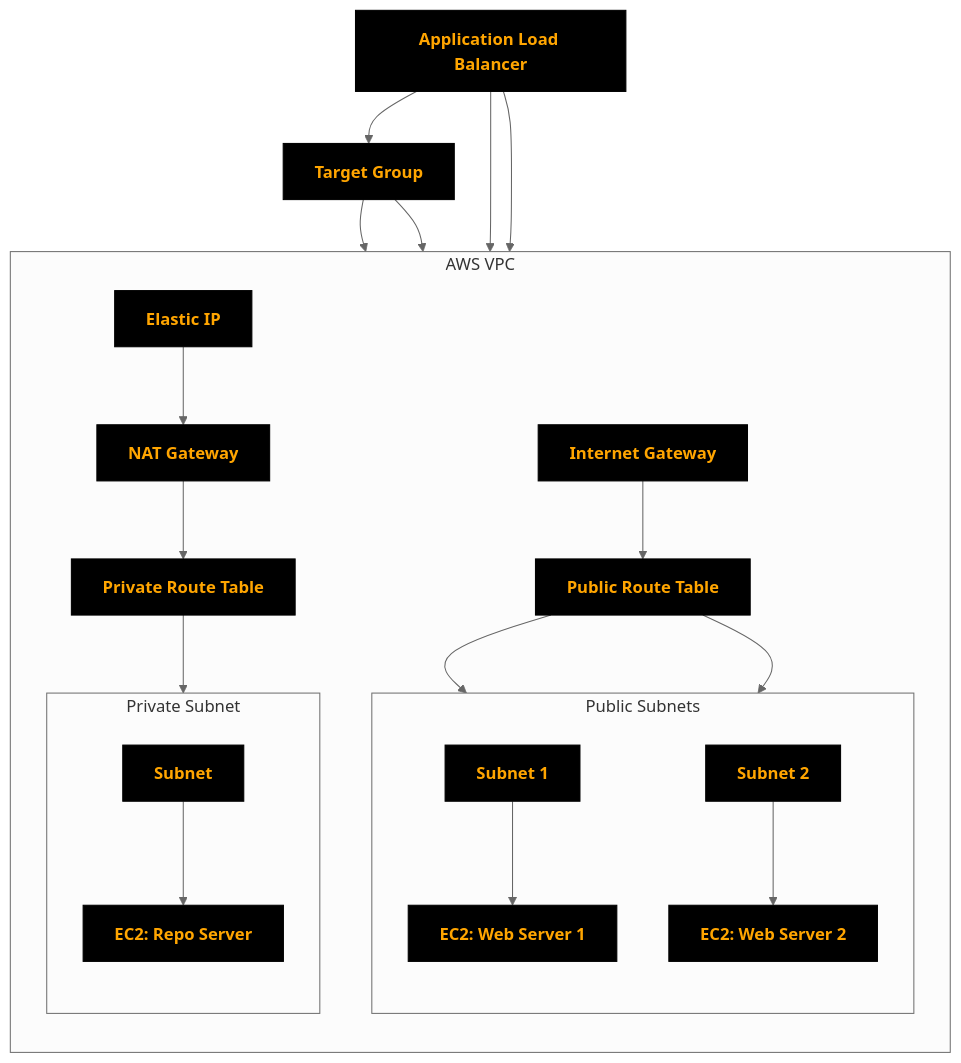
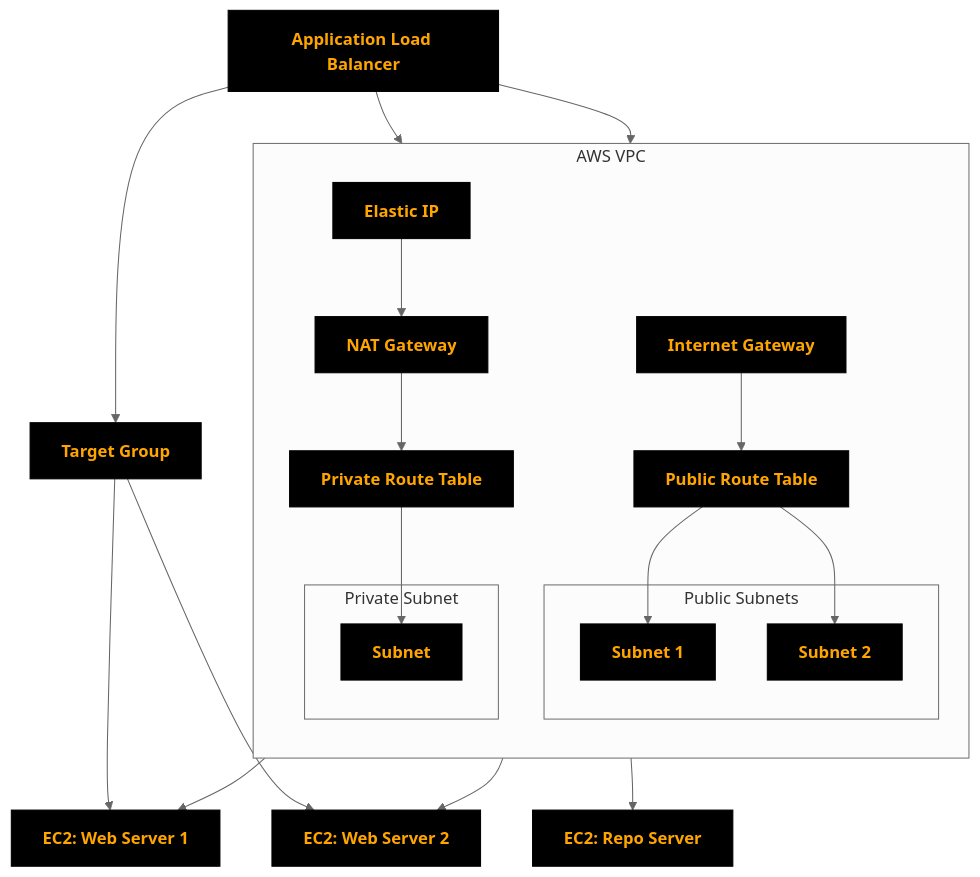
One commit to khannashiv/Terraform-Practice changed the diagram in Projects/Project-1/README.md. Above: the diagram before and after it, drawn with Mermaid (neutral theme).

````diff
--- a/Projects/Project-1/README.md
+++ b/Projects/Project-1/README.md
@@ -23,57 +23,52 @@
 ```mermaid
+
 flowchart TB
-  %% VPC Group
-  subgraph AWS_VPC ["AWS VPC"]
+  %% Subnet Layer
+  subgraph AWS_VPC["AWS VPC"]
     direction TB
 
-    %% Public Subnets & Resources
-    subgraph Public_Subnets ["Public Subnets"]
-      direction TB
+    subgraph Public_Subnets["Public Subnets"]
       pub1[Subnet 1]
-      web1[EC2: Web Server 1]
       pub2[Subnet 2]
-      web2[EC2: Web Server 2]
     end
 
-    %% Private Subnet & Resources
-    subgraph Private_Subnet ["Private Subnet"]
-      direction TB
+    subgraph Private_Subnet["Private Subnet"]
       priv[Subnet]
-      repo[EC2: Repo Server]
     end
 
-    %% Routing & Gateways
     igw[Internet Gateway]
+    nat[NAT Gateway]
     eip[Elastic IP]
-    nat[NAT Gateway]
     rt_pub[Public Route Table]
     rt_priv[Private Route Table]
   end
+
+  %% Compute Layer
+  web1[EC2: Web Server 1]
+  web2[EC2: Web Server 2]
+  repo[EC2: Repo Server]
 
   %% Load Balancer Layer
   alb[Application Load Balancer]
   tg[Target Group]
 
-  %% Connections
+  %% Connections (Networking)
   igw --> rt_pub
-  rt_pub --> pub1
-  rt_pub --> pub2
-  pub1 --> web1
-  pub2 --> web2
+  rt_pub --> pub1 --> web1
+  rt_pub --> pub2 --> web2
 
   eip --> nat
-  nat --> rt_priv
-  rt_priv --> priv
-  priv --> repo
+  nat --> rt_priv --> priv --> repo
 
   alb --> tg
   tg --> web1
   tg --> web2
+
   alb --> pub1
   alb --> pub2
 
-  %% Style Customizations
-  classDef blackbox fill:#000,stroke:#000,color:orange,font-weight:bold;
-  class alb,tg,web1,web2,repo,igw,nat,eip,rt_pub,rt_priv,pub1,pub2,priv blackbox;
+  %% Style
+  classDef blackbox fill:#000,color:orange,stroke:#000,font-weight:bold;
+  class igw,nat,eip,rt_pub,rt_priv,pub1,pub2,priv,web1,web2,repo,alb,tg blackbox;
 
 ```
````
